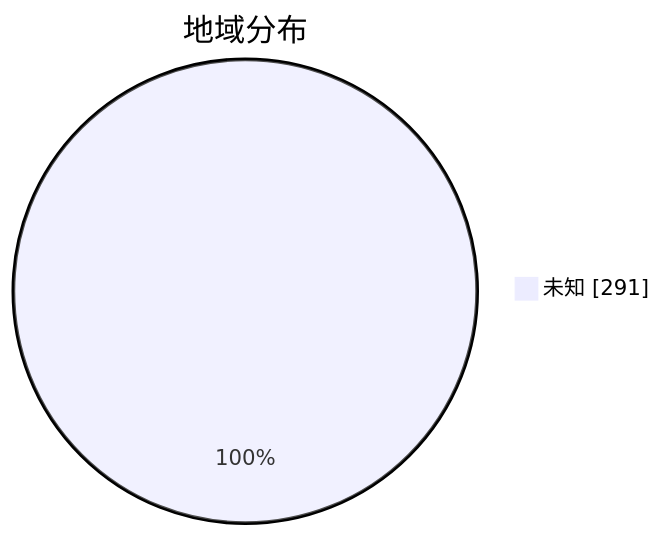
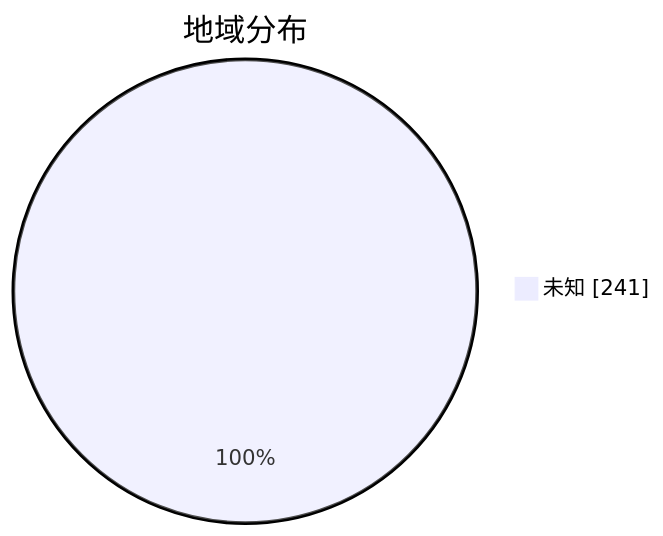
One commit to qjlxg/airport changed the second of 3 diagrams in subs/statistics/tested_within.md. Above: the diagram before and after it, drawn with Mermaid. The commit also changed other lines of this file and 2 other files, not shown here.

````diff
--- a/subs/statistics/tested_within.md
+++ b/subs/statistics/tested_within.md
@@ -14,5 +12,5 @@
 ```mermaid
 pie showData
 title 地域分布
-"未知" : 291
+"未知" : 241
 ```
````
